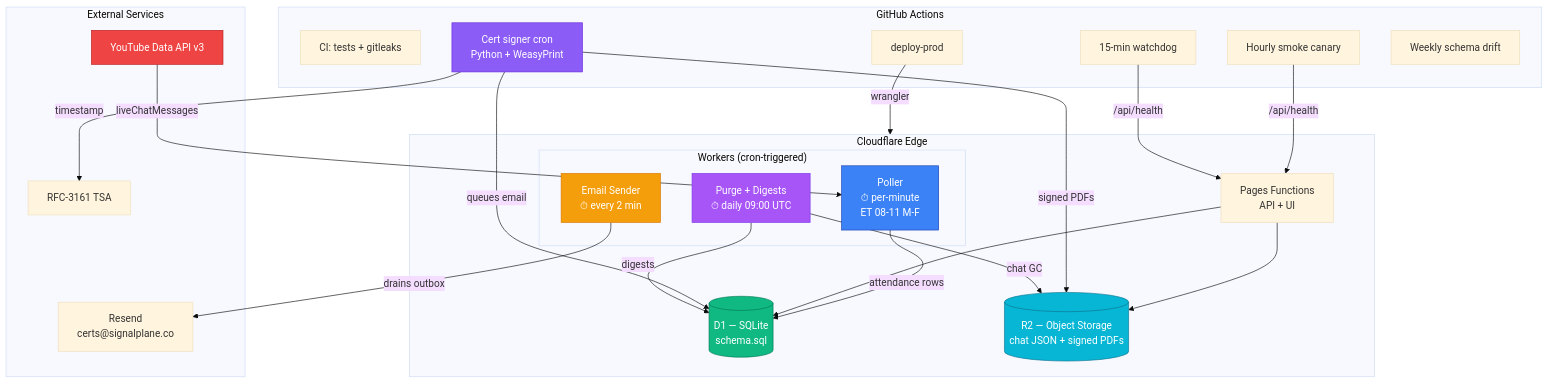
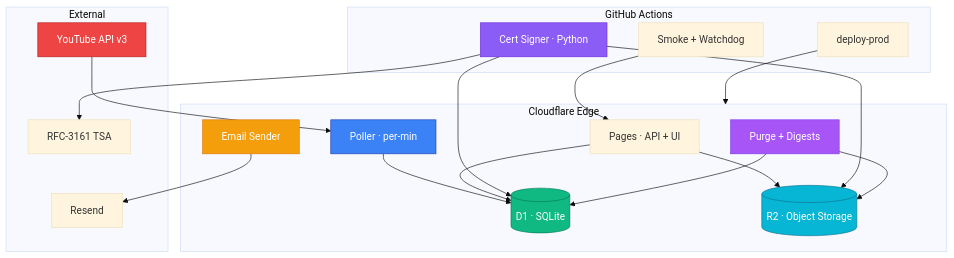
Before and after one commit to ericrihm/sc-cpe: the second of 5 diagrams in README.md, drawn with Mermaid (base theme). The commit also changed other lines of this file, not shown here.

First line of the commit message:
docs(readme): convert mermaid diagrams from LR to TD for GitHub rendering

````diff
--- a/README.md
+++ b/README.md
@@ -126,51 +119,43 @@
 ```mermaid
-graph TB
+graph TD
     subgraph cf["Cloudflare Edge"]
-        pages["Pages Functions<br/>API + UI"]
-        d1[("D1 — SQLite<br/>schema.sql")]
-        r2[("R2 — Object Storage<br/>chat JSON + signed PDFs")]
-
-        subgraph workers["Workers (cron-triggered)"]
-            poller["Poller<br/>⏱ per-minute<br/>ET 08-11 M-F"]
-            email["Email Sender<br/>⏱ every 2 min"]
-            purge["Purge + Digests<br/>⏱ daily 09:00 UTC"]
-        end
+        pages["Pages · API + UI"]
+        d1[("D1 · SQLite")]
+        r2[("R2 · Object Storage")]
+        poller["Poller · per-min"]
+        email["Email Sender"]
+        purge["Purge + Digests"]
     end
 
-    subgraph ext["External Services"]
-        yt["YouTube Data API v3"]
-        resend["Resend<br/>certs@signalplane.co"]
+    subgraph ext["External"]
+        yt["YouTube API v3"]
+        resend["Resend"]
         tsa["RFC-3161 TSA"]
     end
 
     subgraph gh["GitHub Actions"]
-        ci["CI: tests + gitleaks"]
         deploy["deploy-prod"]
-        smoke["Hourly smoke canary"]
-        watchdog["15-min watchdog"]
-        certs["Cert signer cron<br/>Python + WeasyPrint"]
-        schema["Weekly schema drift"]
+        certs["Cert Signer · Python"]
+        smoke["Smoke + Watchdog"]
     end
 
-    yt -->|liveChatMessages| poller
-    poller -->|attendance rows| d1
+    yt --> poller --> d1
     pages --> d1
     pages --> r2
-    certs -->|signed PDFs| r2
-    certs -->|queues email| d1
-    email -->|drains outbox| resend
-    purge -->|chat GC| r2
-    purge -->|digests| d1
-    certs -->|timestamp| tsa
-    deploy -->|wrangler| cf
-    smoke -->|/api/health| pages
-    watchdog -->|/api/health| pages
+    certs --> r2
+    certs --> d1
+    certs --> tsa
+    email --> resend
+    purge --> r2
+    purge --> d1
+    deploy --> cf
+    smoke --> pages
 
     style d1 fill:#10b981,stroke:#047857,color:#fff
     style r2 fill:#06b6d4,stroke:#0e7490,color:#fff
     style poller fill:#3b82f6,stroke:#1e40af,color:#fff
     style email fill:#f59e0b,stroke:#d97706,color:#fff
     style purge fill:#a855f7,stroke:#7c3aed,color:#fff
     style certs fill:#8b5cf6,stroke:#6d28d9,color:#fff
     style yt fill:#ef4444,stroke:#b91c1c,color:#fff
 ```
````
